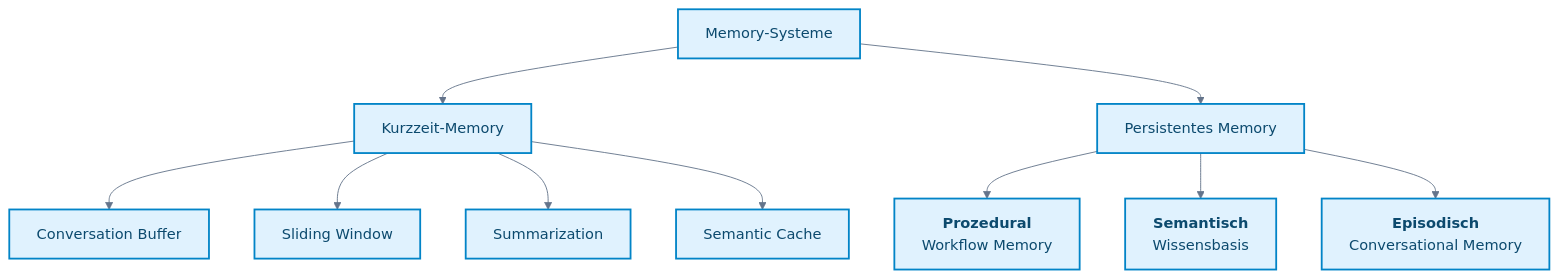
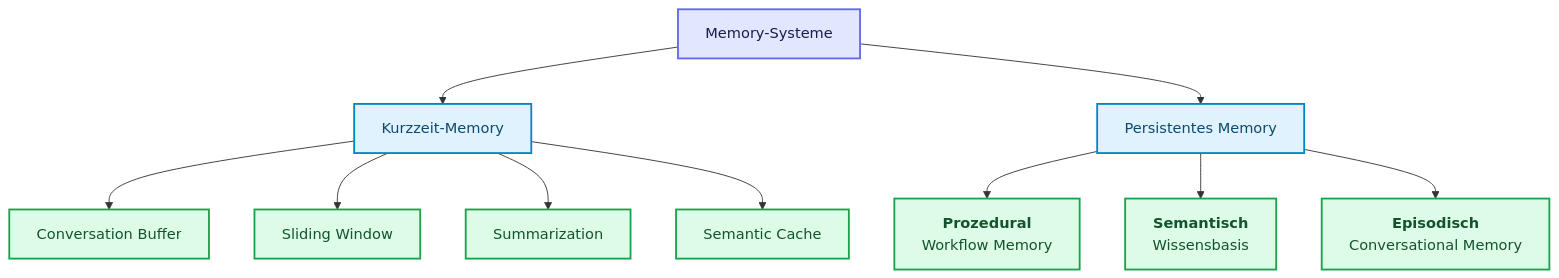
Before and after one commit to ralf-42/GenAI: the first of 3 diagrams in docs/03-grundlagen/memory-systeme.md, drawn with Mermaid. The commit also changed other lines of this file and 50 other files, not shown here.

````diff
--- a/docs/03-grundlagen/memory-systeme.md
+++ b/docs/03-grundlagen/memory-systeme.md
@@ -108,45 +108,34 @@
 ```mermaid
----
-config:
-  theme: base
-  look: classic
-  themeVariables:
-    primaryColor: '#e0f2fe'
-    primaryBorderColor: '#0284c7'
-    primaryTextColor: '#1e293b'
-    lineColor: '#64748b'
-    clusterBkg: '#f8fafc'
-    clusterBorder: '#cbd5e1'
-    noteBkgColor: '#fef3c7'
-    noteBorderColor: '#d97706'
-    noteTextColor: '#78350f'
-    edgeLabelBackground: '#ffffff'
----
-
 flowchart TB
 
     M[Memory-Systeme] --> K[Kurzzeit-Memory]
 
     M --> L[Persistentes Memory]
 
 
 
     K --> K1["Conversation Buffer"]
 
     K --> K2["Sliding Window"]
 
     K --> K3["Summarization"]
 
     K --> K4["Semantic Cache"]
 
 
 
     L --> L1["<b>Prozedural</b><br/>Workflow Memory"]
 
     L --> L2["<b>Semantisch</b><br/>Wissensbasis"]
 
     L --> L3["<b>Episodisch</b><br/>Conversational Memory"]
 
 %% Funktionsfarben nach Mermaid_Best_Practices.md
-classDef default fill:#e0f2fe,stroke:#0284c7,stroke-width:2px,color:#0c4a6e;
+
+    classDef default fill:#e0f2fe,stroke:#0284c7,stroke-width:2px,color:#0c4a6e;
+    classDef input fill:#e0e7ff,stroke:#6366f1,stroke-width:2px,color:#1e1b4b;
+    classDef output fill:#dcfce7,stroke:#16a34a,stroke-width:2px,color:#14532d;
+
+    class M input;
+    class K1,K2,K3,K4,L1,L2,L3 output;
 ```
````
